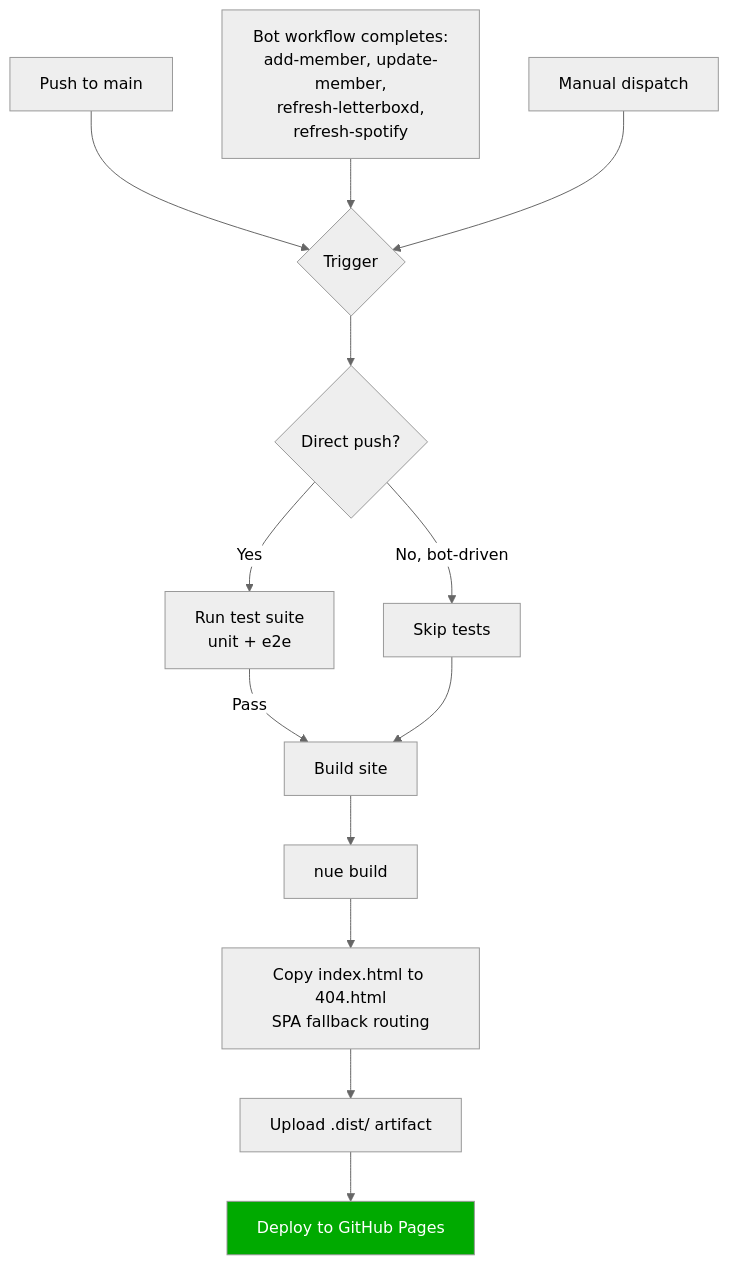
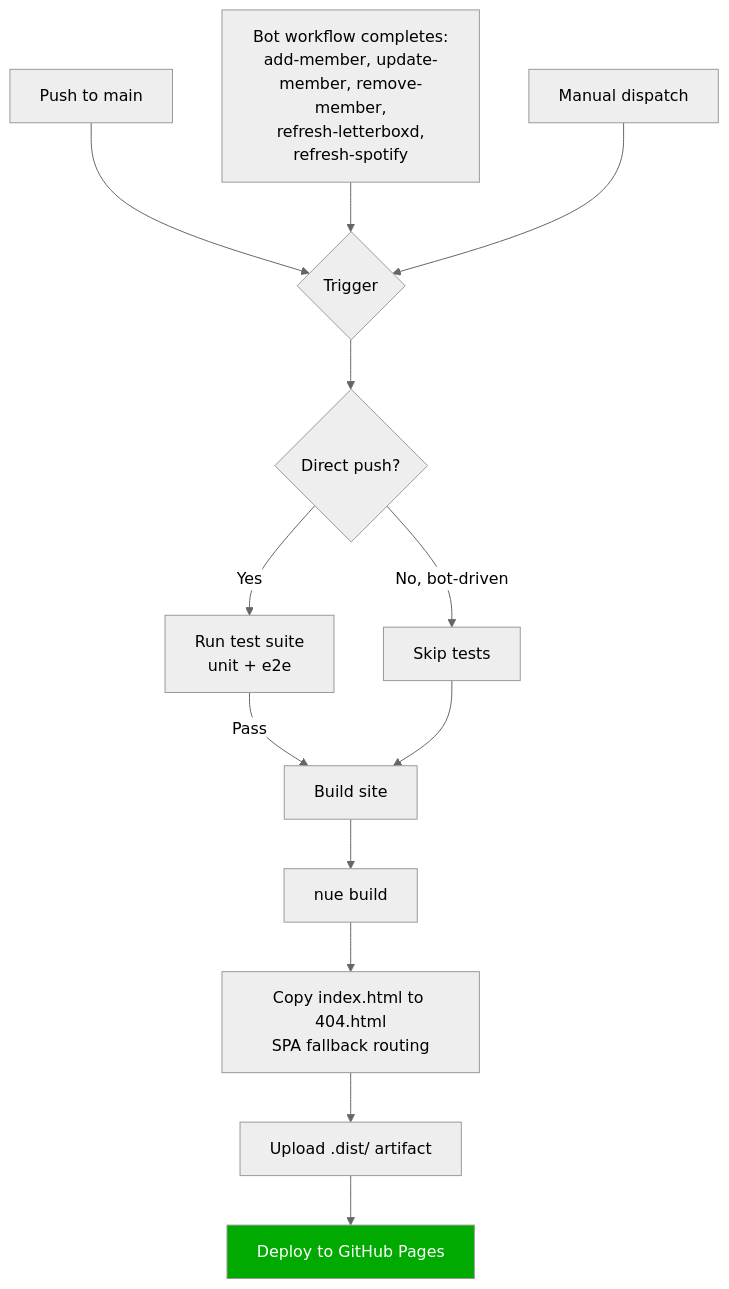
The first of 2 diagrams in docs/features/deployment.md (michaellambgelo/jxnfilmclub), drawn with Mermaid (neutral theme) before and after one commit. The commit also changed 1 other file, not shown here.

Commit message:
fix(ci): chain Deploy site off Remove member workflow_run
The remove-member workflow was added but never registered in
deploy-site.yml's workflow_run trigger list, so a successful bot
commit to data/members.json never kicked off the site rebuild.
Result: Test User was removed from the JSON ledger but the public
directory still showed them.

````diff
--- a/docs/features/deployment.md
+++ b/docs/features/deployment.md
@@ -7,22 +7,22 @@
 ```mermaid
 flowchart TD
     A{Trigger} --> B
 
     A1[Push to main] --> A
-    A2[Bot workflow completes:<br/>add-member, update-member,<br/>refresh-letterboxd,<br/>refresh-spotify] --> A
+    A2[Bot workflow completes:<br/>add-member, update-member, remove-member,<br/>refresh-letterboxd,<br/>refresh-spotify] --> A
     A3[Manual dispatch] --> A
 
     B{Direct push?}
     B -->|Yes| C[Run test suite<br/>unit + e2e]
     B -->|No, bot-driven| D[Skip tests]
 
     C -->|Pass| E[Build site]
     D --> E
 
     E --> F[nue build]
     F --> G[Copy index.html to 404.html<br/>SPA fallback routing]
     G --> H[Upload .dist/ artifact]
     H --> I[Deploy to GitHub Pages]
 
     style I fill:#0a0,color:#fff
 ```
````
